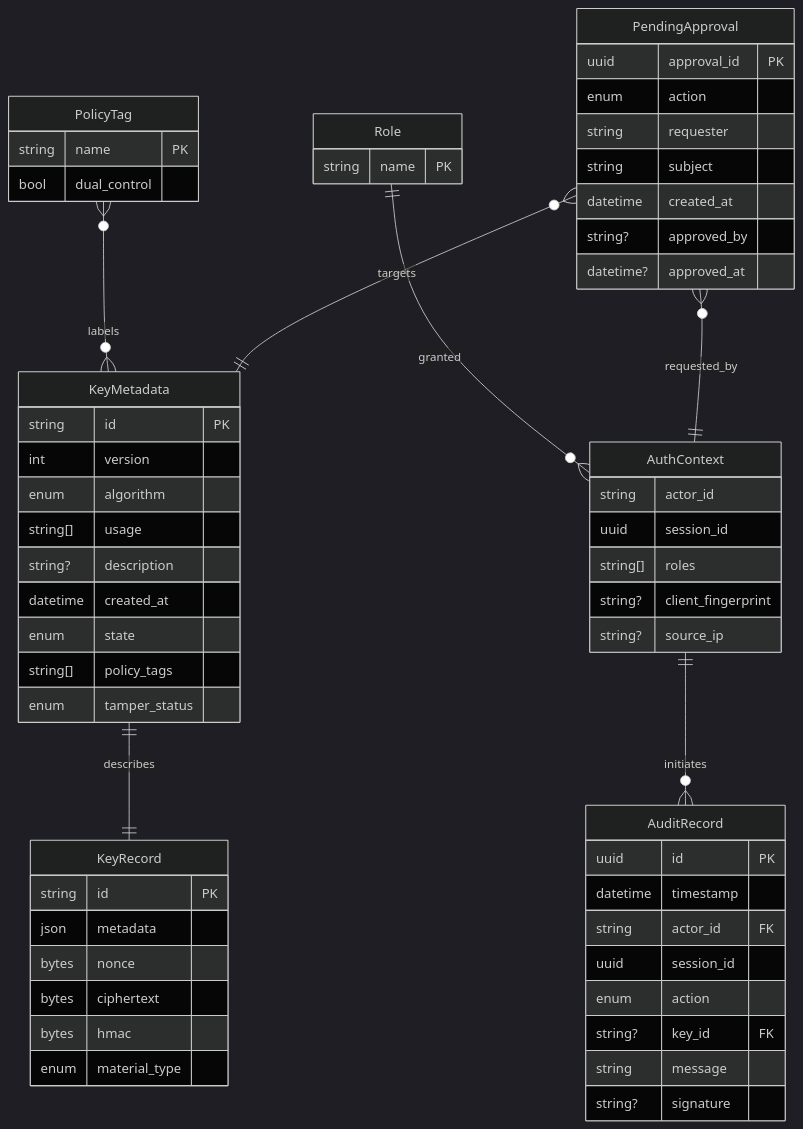
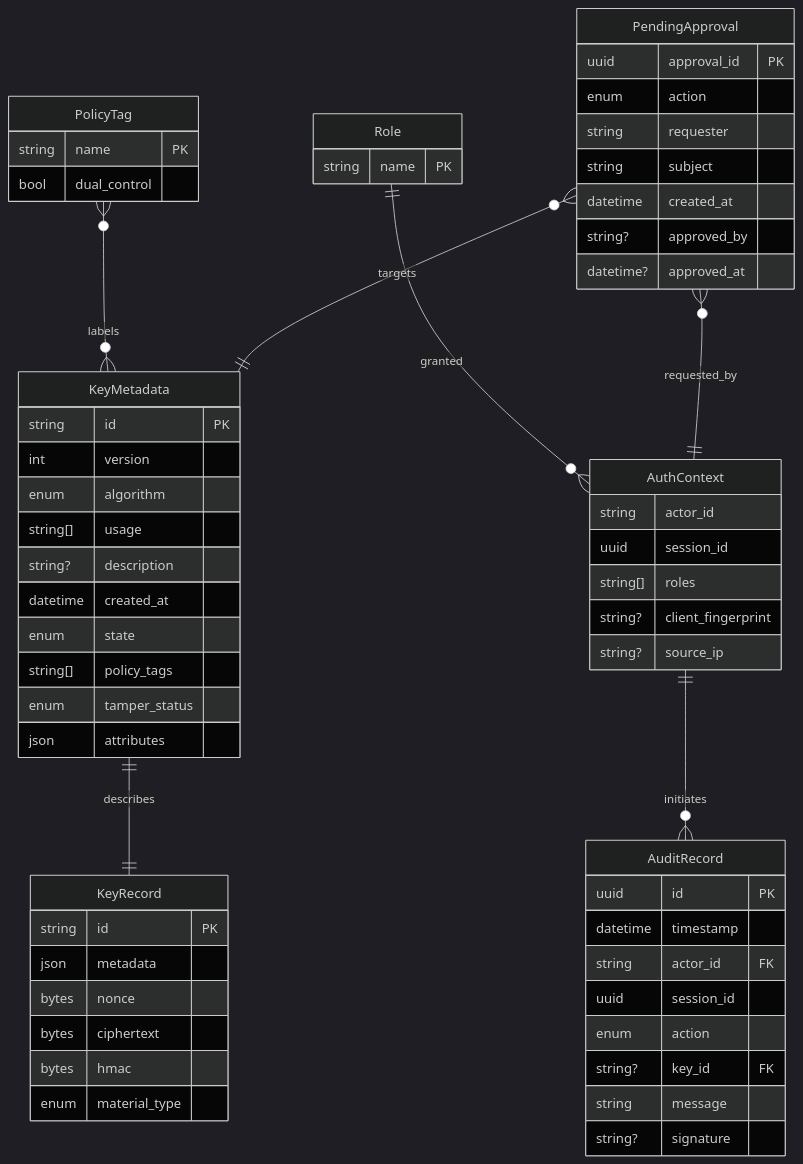
One commit to foozio/ferrohsm changed the diagram in ERD.md. Above: the diagram before and after it, drawn with Mermaid (dark theme). The commit also changed other lines of this file and 37 other files, not shown here.

````diff
--- a/ERD.md
+++ b/ERD.md
@@ -3,68 +3,69 @@
 ```mermaid
 erDiagram
     AuthContext ||--o{ AuditRecord : "initiates"
     AuthContext {
         string actor_id
         uuid session_id
         string[] roles
         string? client_fingerprint
         string? source_ip
     }
 
     KeyMetadata ||--|| KeyRecord : "describes"
     KeyRecord {
         string id PK
         json metadata
         bytes nonce
         bytes ciphertext
         bytes hmac
         enum material_type
     }
 
     KeyMetadata {
         string id PK
         int version
         enum algorithm
         string[] usage
         string? description
         datetime created_at
         enum state
         string[] policy_tags
         enum tamper_status
+        json attributes
     }
 
     AuditRecord {
         uuid id PK
         datetime timestamp
         string actor_id FK
         uuid session_id
         enum action
         string? key_id FK
         string message
         string? signature
     }
 
     PolicyTag }o--o{ KeyMetadata : "labels"
     PolicyTag {
         string name PK
         bool dual_control
     }
 
     Role ||--o{ AuthContext : "granted"
     Role {
         string name PK
     }
 
     PendingApproval {
         uuid approval_id PK
         enum action
         string requester
         string subject
         datetime created_at
         string? approved_by
         datetime? approved_at
     }
 
     PendingApproval }o--|| AuthContext : "requested_by"
     PendingApproval }o--|| KeyMetadata : "targets"
 ```
````
